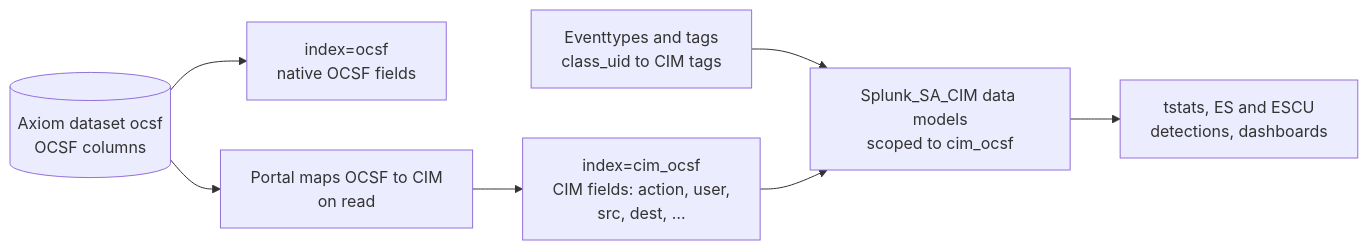
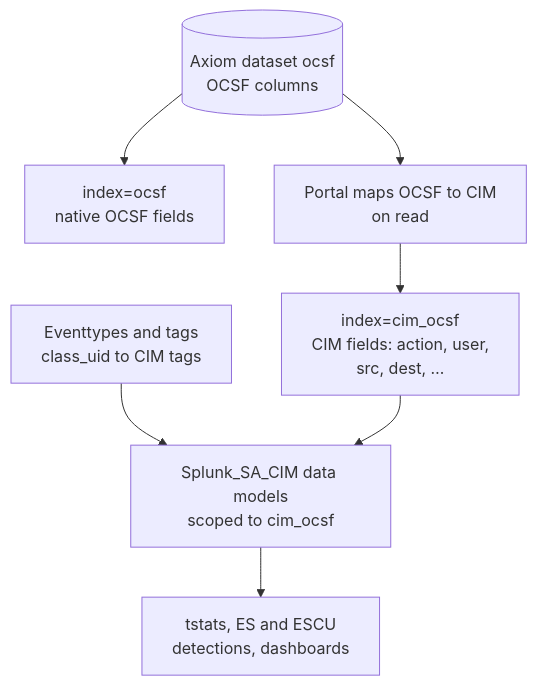
Before and after one commit to axiomhq/docs: the diagram in content/docs/(documentation)/splunk/portal/ocsf-cim.mdx, drawn with Mermaid.

Commit message:
Stack the OCSF as CIM diagram vertically for mobile
Amp-Thread-ID: https://ampcode.com/threads/T-01a10b75-1756-75dc-ab02-cc14011af14a

````diff
--- a/content/docs/(documentation)/splunk/portal/ocsf-cim.mdx
+++ b/content/docs/(documentation)/splunk/portal/ocsf-cim.mdx
@@ -18,9 +18,9 @@
 ```mermaid
-flowchart LR
+flowchart TB
     DS[("Axiom dataset ocsf<br/>OCSF columns")]:::axiom --> Raw["index=ocsf<br/>native OCSF fields"]:::splunk
     DS --> Map["Portal maps OCSF to CIM<br/>on read"]:::axiom
     Map --> Cim["index=cim_ocsf<br/>CIM fields: action, user,<br/>src, dest, …"]:::splunk
     ET["Eventtypes and tags<br/>class_uid to CIM tags"]:::splunk --> DM["Splunk_SA_CIM data models<br/>scoped to cim_ocsf"]:::splunk
     Cim --> DM
     DM --> ES["tstats, ES and ESCU<br/>detections, dashboards"]:::splunk
 ```
````
